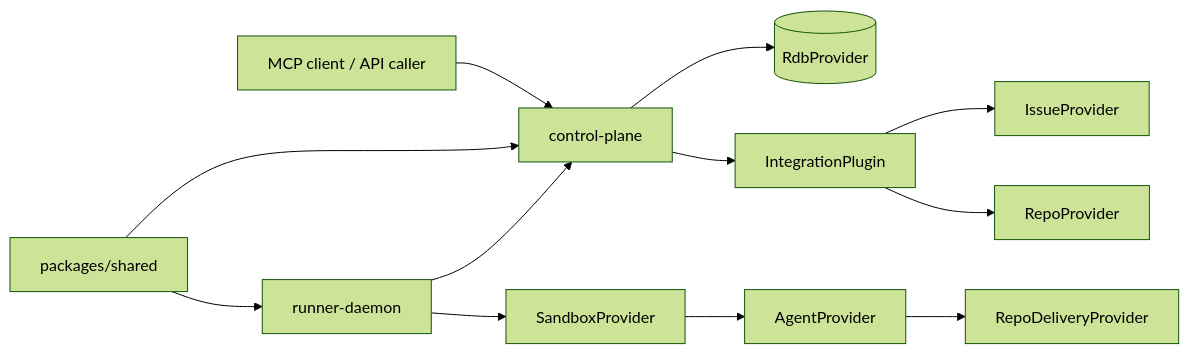
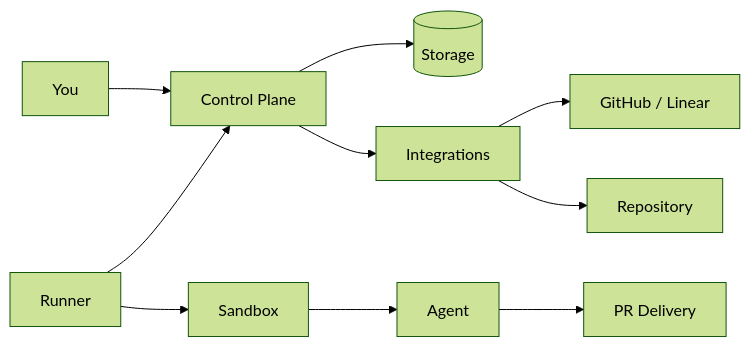
Before and after one commit to Arcadia822/mystra: the diagram in README.md, drawn with Mermaid (forest theme). The commit also changed other lines of this file and 193 other files, not shown here.

Commit message:
feat: add GitHub App onboarding and refresh control plane UI

````diff
--- a/README.md
+++ b/README.md
@@ -70,14 +37,12 @@
 ```mermaid
 flowchart LR
-    Caller[MCP client / API caller] --> CP[control-plane]
-    CP --> DB[(RdbProvider)]
-    CP --> Integration[IntegrationPlugin]
-    Integration --> Issue[IssueProvider]
-    Integration --> Repository[RepoProvider]
-    Runner[runner-daemon] --> CP
-    Runner --> Sandbox[SandboxProvider]
-    Sandbox --> Agent[AgentProvider]
-    Agent --> Repo[RepoDeliveryProvider]
-    Shared[packages/shared] --> CP
-    Shared --> Runner
+    You[You] --> CP[Control Plane]
+    CP --> DB[(Storage)]
+    CP --> Integration[Integrations]
+    Integration --> Issues[GitHub / Linear]
+    Integration --> Repo[Repository]
+    Runner[Runner] --> CP
+    Runner --> Sandbox[Sandbox]
+    Sandbox --> Agent[Agent]
+    Agent --> Delivery[PR Delivery]
 ```
````
